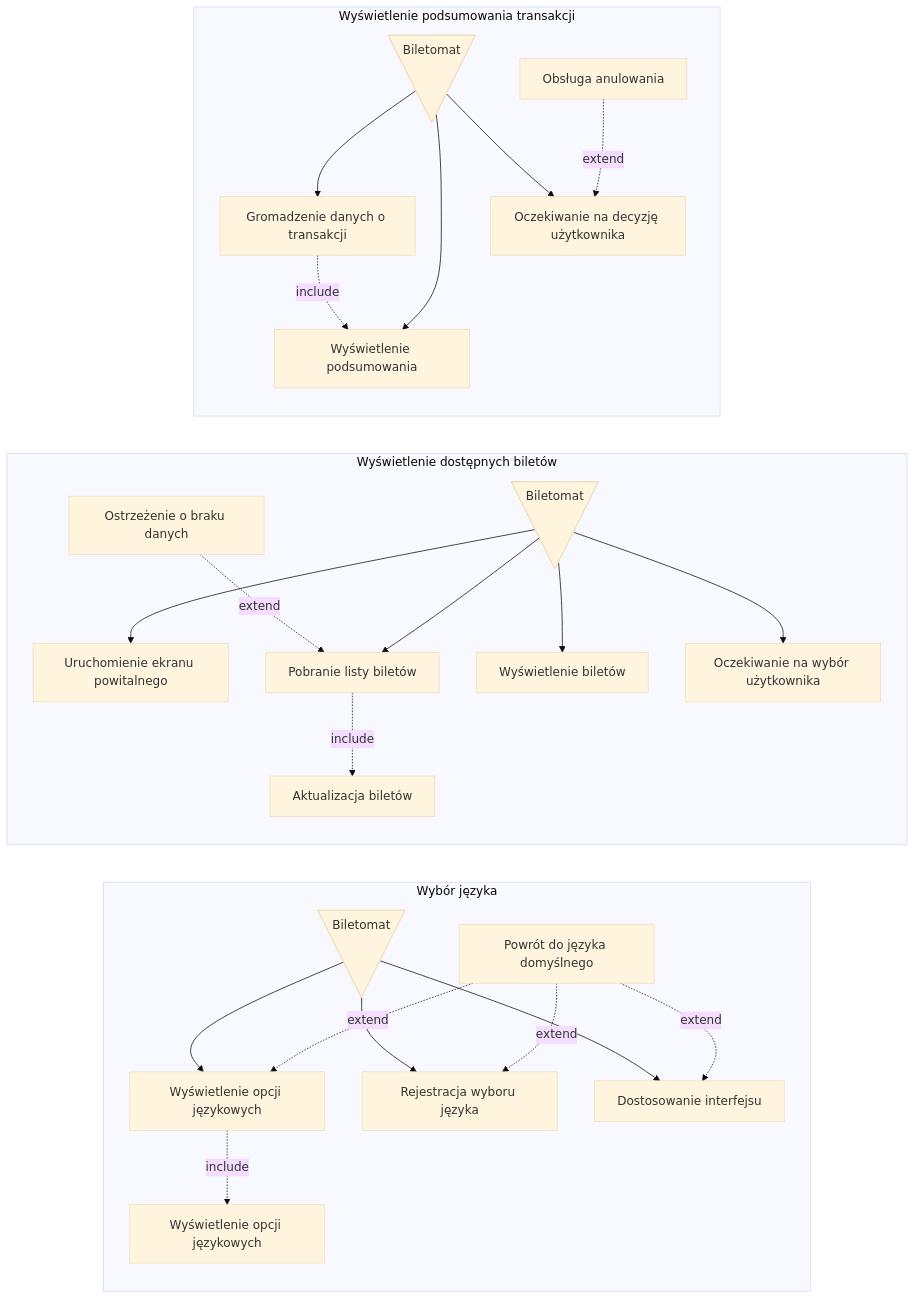
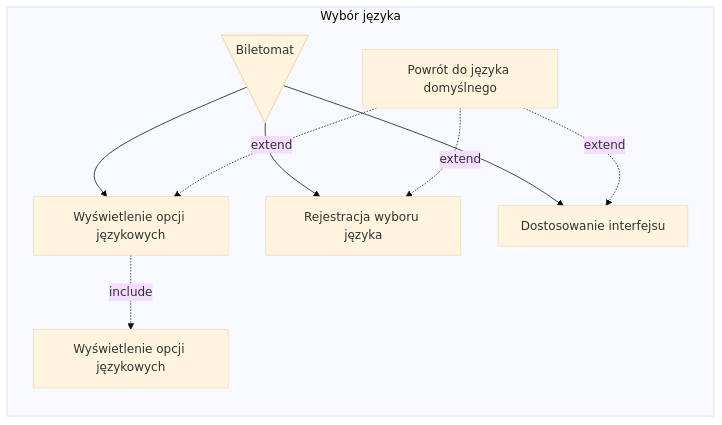
One commit to MarcinMarszewski/dowolna_nazwa changed the first of 5 diagrams in userstories/biletomat.md. Above: the diagram before and after it, drawn with Mermaid (base theme). The commit also changed other lines of this file, not shown here.

````diff
--- a/userstories/biletomat.md
+++ b/userstories/biletomat.md
@@ -11,51 +11,20 @@
 ```mermaid
 flowchart LR
 subgraph "Wybór języka"
   A@{ shape: manual-file, label: "Biletomat" }
   id1[Wyświetlenie opcji językowych]
   id2[Rejestracja wyboru języka]
   id3[Dostosowanie interfejsu]
   id4[Wyświetlenie opcji językowych]
   id5[Powrót do języka domyślnego]
 
   A --> id1
   A --> id2
   A --> id3
   id5-. extend .-> id1
   id5-. extend .-> id2
   id5-. extend .-> id3
   id1-. include .-> id4
   
 end
-subgraph "Wyświetlenie dostępnych biletów"
-  B@{ shape: manual-file, label: "Biletomat" }
-  id11[Uruchomienie ekranu powitalnego]
-  id22[Pobranie listy biletów]
-  id33[Wyświetlenie biletów]
-  id44[Oczekiwanie na wybór użytkownika]
-  id55[Aktualizacja biletów]
-  id66[Ostrzeżenie o braku danych]
-
-  B --> id11
-  B --> id22
-  B --> id33
-  B --> id44
-  id22-. include .-> id55
-  id66-. extend .-> id22
-
-end
-subgraph "Wyświetlenie podsumowania transakcji"
-  C@{ shape: manual-file, label: "Biletomat" }
-  uc1[Gromadzenie danych o transakcji]
-  uc2[Wyświetlenie podsumowania]
-  uc3[Oczekiwanie na decyzję użytkownika]
-  uc4[Obsługa anulowania]
-
-  C --> uc1
-  C --> uc2
-  C --> uc3
-
-  uc1-. include .-> uc2
-  uc4-. extend .-> uc3
-end
 ```
````
